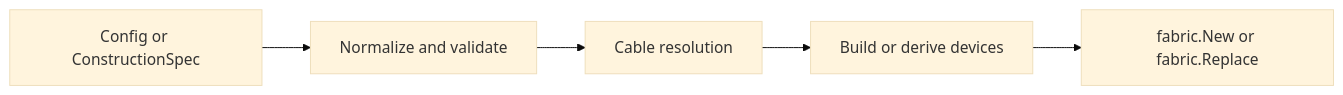
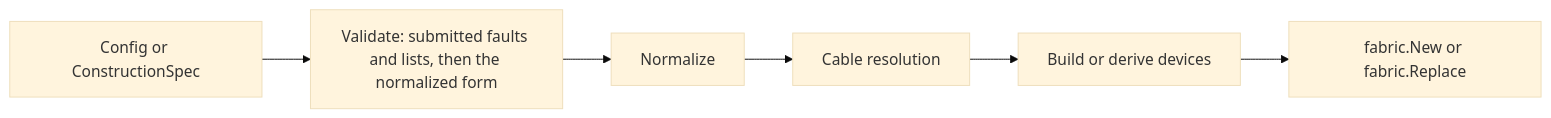
Before and after one commit to Aledantee/FlowSeer: the diagram in src/common/sim/assembly/README.md, drawn with Mermaid (base theme). The commit also changed 3 other files, not shown here.

````diff
--- a/src/common/sim/assembly/README.md
+++ b/src/common/sim/assembly/README.md
@@ -34,7 +34,8 @@
 ```mermaid
 flowchart LR
-    config[Config or ConstructionSpec] --> normalize[Normalize and validate]
+    config[Config or ConstructionSpec] --> validate["Validate: submitted faults and lists, then the normalized form"]
+    validate --> normalize[Normalize]
     normalize --> resolve[Cable resolution]
     resolve --> build[Build or derive devices]
     build --> start[fabric.New or fabric.Replace]
 ```
````
